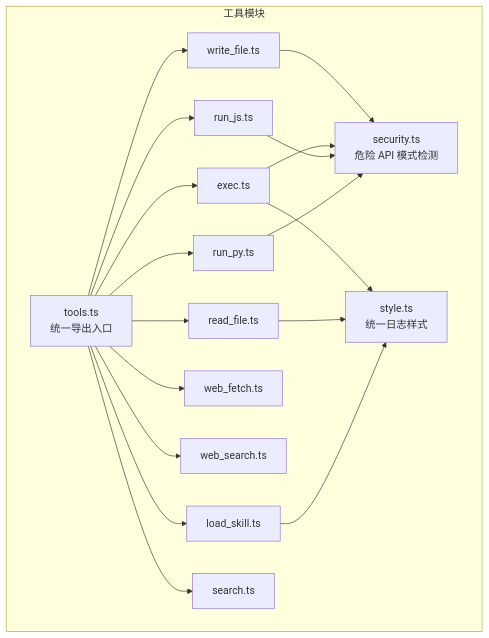
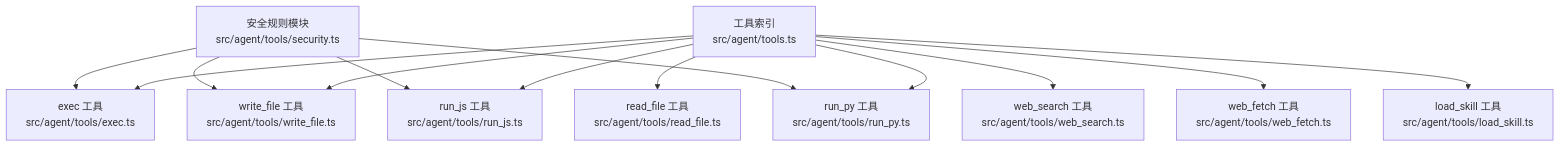
Before and after one commit to HAOFUYANG/onion-code: the first of 7 diagrams in .qoder/repowiki/zh/content/工具系统/工具系统.md, drawn with Mermaid. The commit also changed other lines of this file and 58 other files, not shown here.

````diff
--- a/.qoder/repowiki/zh/content/工具系统/工具系统.md
+++ b/.qoder/repowiki/zh/content/工具系统/工具系统.md
@@ -44,33 +45,15 @@
 ```mermaid
 graph TB
-subgraph "工具模块"
-T["tools.ts<br/>统一导出入口"]
-S["security.ts<br/>危险 API 模式检测"]
-F1["read_file.ts"]
-F2["write_file.ts"]
-X["exec.ts"]
-JS["run_js.ts"]
-PY["run_py.ts"]
-W1["web_fetch.ts"]
-W2["web_search.ts"]
-L["load_skill.ts"]
-Q["search.ts"]
-ST["style.ts<br/>统一日志样式"]
-end
-T --> F1
-T --> F2
-T --> X
-T --> JS
-T --> PY
-T --> W1
-T --> W2
-T --> L
-T --> Q
-F2 --> S
-X --> S
-JS --> S
-PY --> S
-X --> ST
-F1 --> ST
-L --> ST
+ToolsIndex["工具索引<br/>src/agent/tools.ts"] --> Exec["exec 工具<br/>src/agent/tools/exec.ts"]
+ToolsIndex --> ReadFile["read_file 工具<br/>src/agent/tools/read_file.ts"]
+ToolsIndex --> WriteFile["write_file 工具<br/>src/agent/tools/write_file.ts"]
+ToolsIndex --> RunJS["run_js 工具<br/>src/agent/tools/run_js.ts"]
+ToolsIndex --> RunPy["run_py 工具<br/>src/agent/tools/run_py.ts"]
+ToolsIndex --> WebSearch["web_search 工具<br/>src/agent/tools/web_search.ts"]
+ToolsIndex --> WebFetch["web_fetch 工具<br/>src/agent/tools/web_fetch.ts"]
+ToolsIndex --> LoadSkill["load_skill 工具<br/>src/agent/tools/load_skill.ts"]
+Security["安全规则模块<br/>src/agent/tools/security.ts"] --> Exec
+Security --> WriteFile
+Security --> RunJS
+Security --> RunPy
 ```
````
